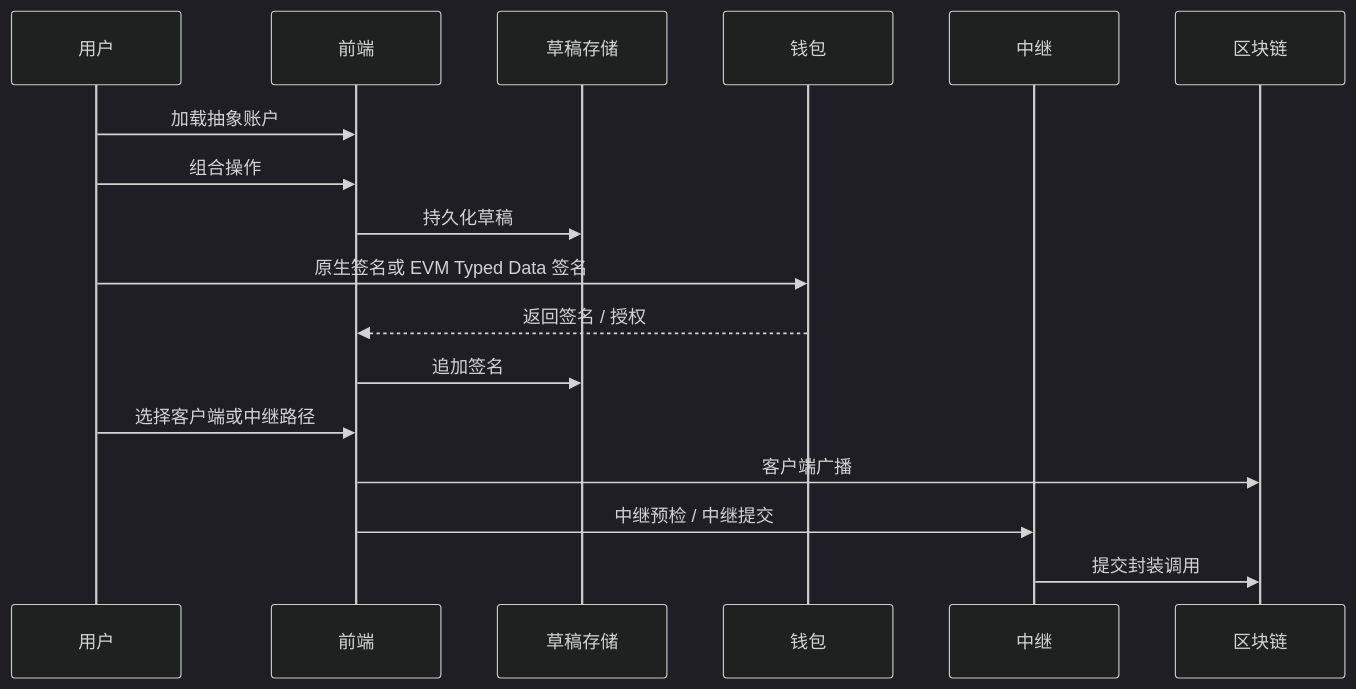
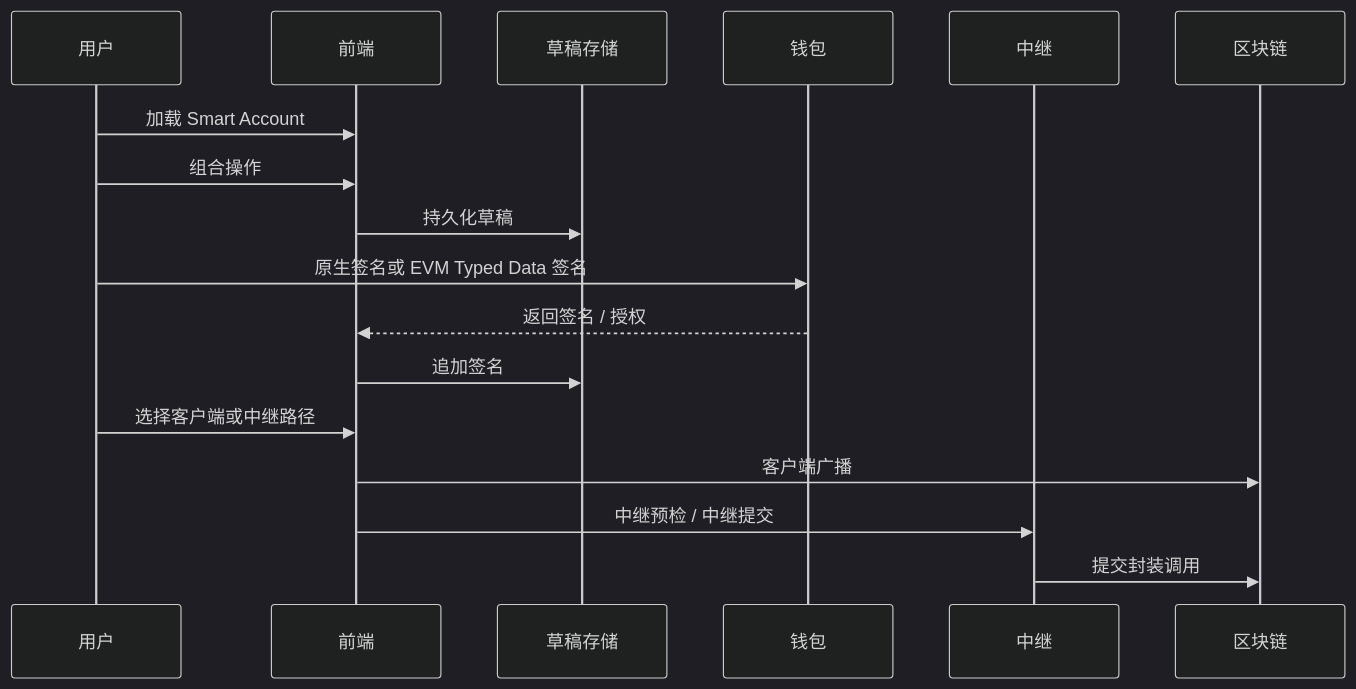
One commit to r3e-network/neo-os-aa changed the second of 3 diagrams in frontend/src/assets/docs/guide.zh.md. Above: the diagram before and after it, drawn with Mermaid (dark theme). The commit also changed other lines of this file and 822 other files, not shown here.

````diff
--- a/frontend/src/assets/docs/guide.zh.md
+++ b/frontend/src/assets/docs/guide.zh.md
@@ -41,20 +41,20 @@
 ```mermaid
 sequenceDiagram
   participant User as 用户
   participant Frontend as 前端
   participant DraftStore as 草稿存储
   participant Wallet as 钱包
   participant Relay as 中继
   participant Chain as 区块链
 
-  User->>Frontend: 加载抽象账户
+  User->>Frontend: 加载 Smart Account
   User->>Frontend: 组合操作
   Frontend->>DraftStore: 持久化草稿
   User->>Wallet: 原生签名或 EVM Typed Data 签名
   Wallet-->>Frontend: 返回签名 / 授权
   Frontend->>DraftStore: 追加签名
   User->>Frontend: 选择客户端或中继路径
   Frontend->>Chain: 客户端广播
   Frontend->>Relay: 中继预检 / 中继提交
   Relay->>Chain: 提交封装调用
 ```
````
